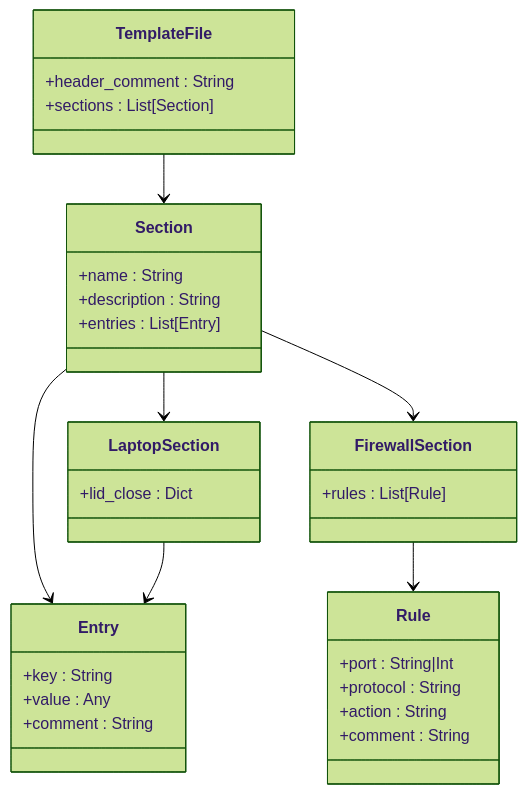
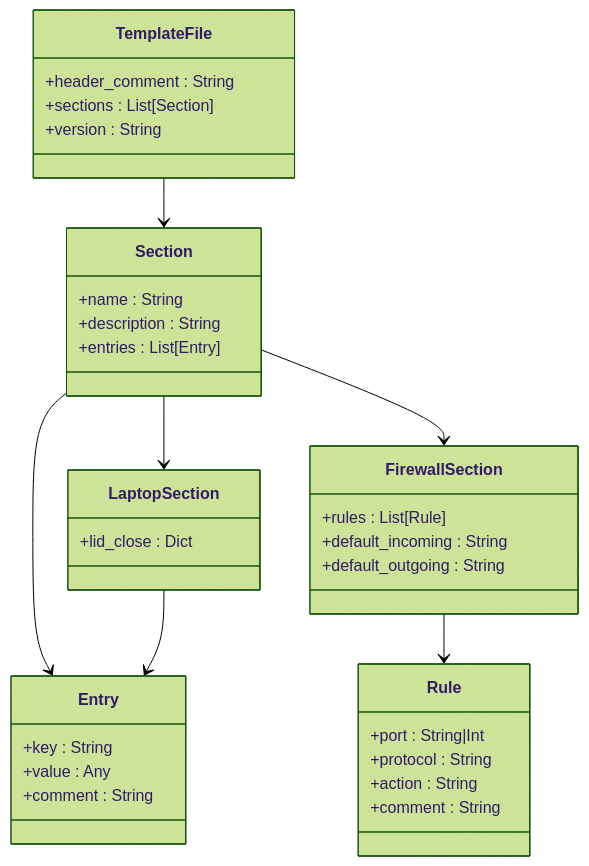
The seventh of 10 diagrams in .qoder/repowiki/en/content/System Integration/M-Utils System Management.md (cr8ivecodesmith/dotfiles), drawn with Mermaid (forest theme) before and after one commit. The commit also changed other lines of this file and 5 other files, not shown here.

````diff
--- a/.qoder/repowiki/en/content/System Integration/M-Utils System Management.md
+++ b/.qoder/repowiki/en/content/System Integration/M-Utils System Management.md
@@ -430,35 +466,38 @@
 ```mermaid
 classDiagram
 class TemplateFile {
 +header_comment : String
 +sections : List[Section]
++version : String
 }
 class Section {
 +name : String
 +description : String
 +entries : List[Entry]
 }
 class Entry {
 +key : String
 +value : Any
 +comment : String
 }
 class LaptopSection {
 +lid_close : Dict
 }
 class FirewallSection {
 +rules : List[Rule]
++default_incoming : String
++default_outgoing : String
 }
 class Rule {
 +port : String|Int
 +protocol : String
 +action : String
 +comment : String
 }
 TemplateFile --> Section
 Section --> Entry
 Section --> LaptopSection
 Section --> FirewallSection
 LaptopSection --> Entry
 FirewallSection --> Rule
 ```
````
